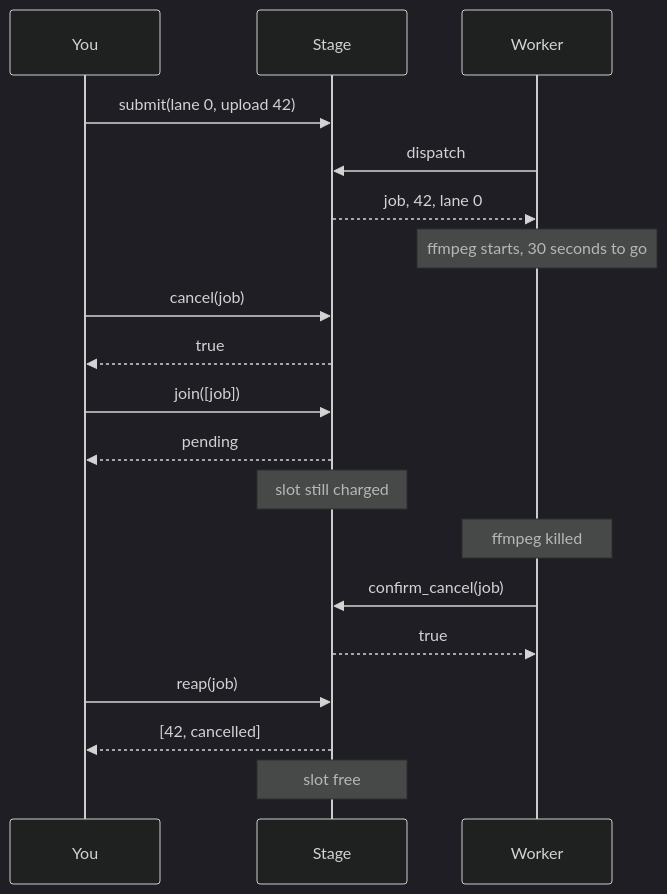
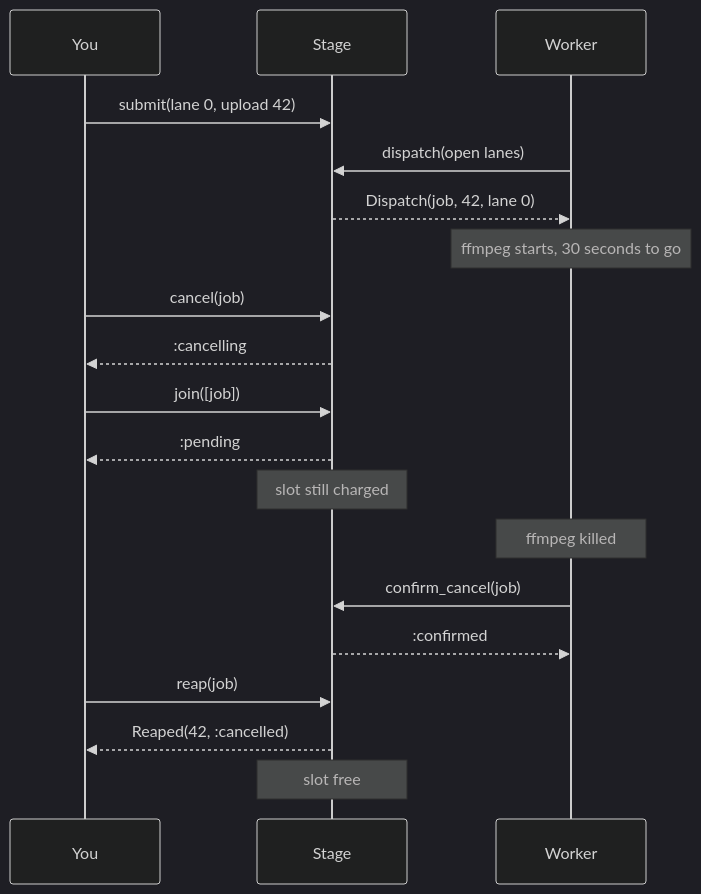
One commit to seuros/pipeline_machines changed the second of 2 diagrams in README.md. Above: the diagram before and after it, drawn with Mermaid (dark theme). The commit also changed other lines of this file and 17 other files, not shown here.

First line of the commit message:
feat!: one Refusal, scoped job ids, atomic fan_out into a buffer, and lane eligibility in Ruby

````diff
--- a/README.md
+++ b/README.md
@@ -77,24 +80,24 @@
 ```mermaid
 sequenceDiagram
     participant You
     participant Stage
     participant W as Worker
 
     You->>Stage: submit(lane 0, upload 42)
-    W->>Stage: dispatch
-    Stage-->>W: job, 42, lane 0
+    W->>Stage: dispatch(open lanes)
+    Stage-->>W: Dispatch(job, 42, lane 0)
     Note over W: ffmpeg starts, 30 seconds to go
 
     You->>Stage: cancel(job)
-    Stage-->>You: true
+    Stage-->>You: :cancelling
     You->>Stage: join([job])
-    Stage-->>You: pending
+    Stage-->>You: :pending
     Note over Stage: slot still charged
 
     Note over W: ffmpeg killed
     W->>Stage: confirm_cancel(job)
-    Stage-->>W: true
+    Stage-->>W: :confirmed
     You->>Stage: reap(job)
-    Stage-->>You: [42, cancelled]
+    Stage-->>You: Reaped(42, :cancelled)
     Note over Stage: slot free
 ```
````
